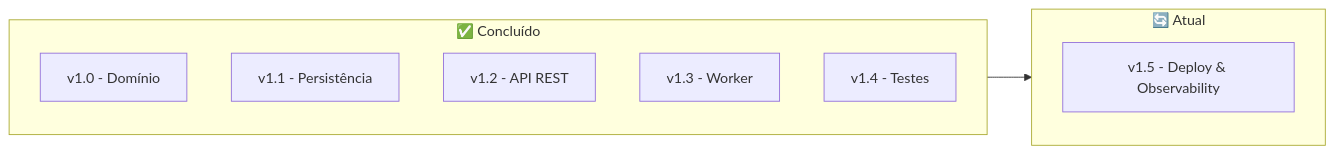
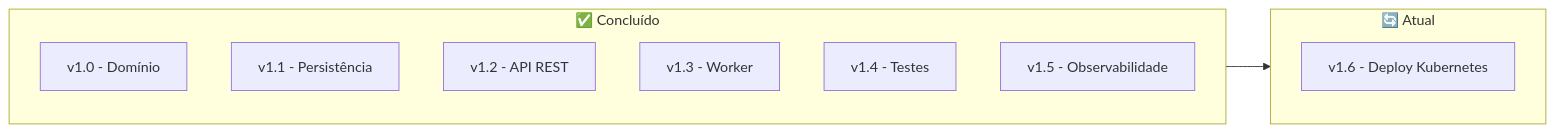
The first of 6 diagrams in docs/ROADMAP.md (nelson1987/desafio-cashflow), drawn with Mermaid before and after one commit. The commit also changed other lines of this file and 18 other files, not shown here.

````diff
--- a/docs/ROADMAP.md
+++ b/docs/ROADMAP.md
@@ -7,16 +7,17 @@
 ```mermaid
 flowchart LR
     subgraph Done["✅ Concluído"]
         D1["v1.0 - Domínio"]
         D2["v1.1 - Persistência"]
         D3["v1.2 - API REST"]
         D4["v1.3 - Worker"]
         D5["v1.4 - Testes"]
+        D6["v1.5 - Observabilidade"]
     end
     
     subgraph Current["🔄 Atual"]
-        C1["v1.5 - Deploy & Observability"]
+        C1["v1.6 - Deploy Kubernetes"]
     end
     
     Done --> Current
 ```
````
